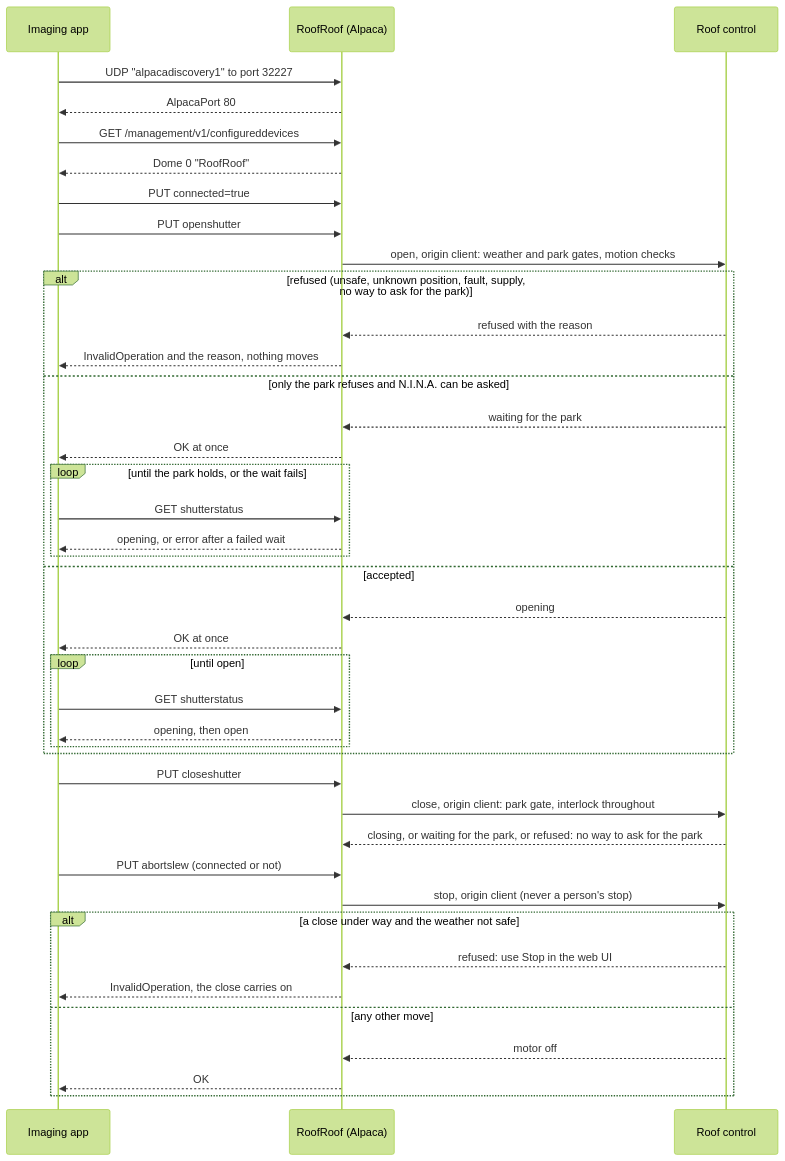
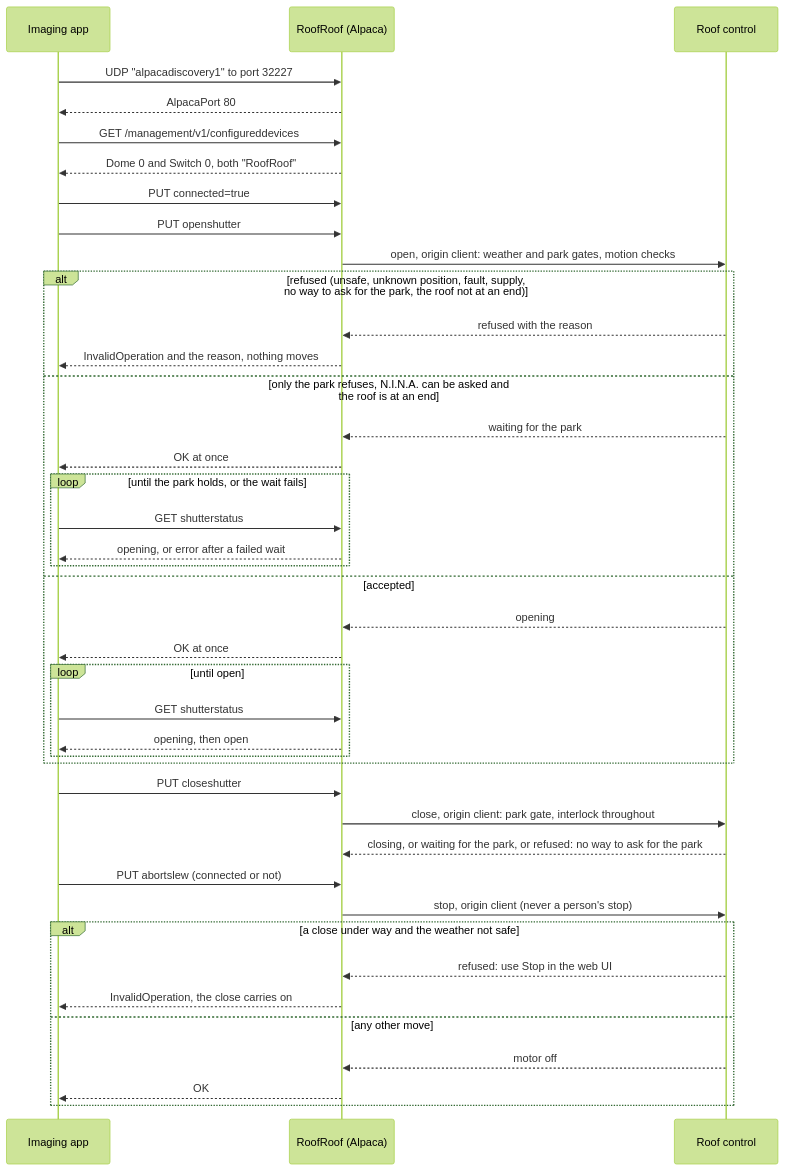
The diagram in docs/user-guide/alpaca.md (DeanJ87/RoofRoof), drawn with Mermaid (forest theme) before and after one commit. The commit also changed other lines of this file and 70 other files, not shown here.

First line of the commit message:
Spec 043: the telescope moves only with the roof at an end

````diff
--- a/docs/user-guide/alpaca.md
+++ b/docs/user-guide/alpaca.md
@@ -121,45 +154,45 @@
 ```mermaid
 sequenceDiagram
     accTitle: An imaging app drives the roof's Dome
-    accDescr: The app finds RoofRoof by UDP discovery and lists its one Dome. It connects. OpenShutter goes through the same weather and park checks (and is refused while the roof is closing), and CloseShutter through the same park check, as the web UI's buttons; a refused command returns InvalidOperation with the reason and nothing moves, an accepted one returns at once and the app polls ShutterStatus until open or closed. When only the park refuses a command and N.I.N.A. can be asked, it is accepted too and waits for the park, ShutterStatus reading opening or closing, and reads error if the wait fails. Open and close need a connected client. AbortSlew stops the roof at once, connected or not, except a close while the weather isn't safe, which it can't stop; it is never a person's stop.
+    accDescr: The app finds RoofRoof by UDP discovery and lists its Dome and its read-only Switch. It connects. OpenShutter goes through the same weather and park checks (and is refused while the roof is closing), and CloseShutter through the same park check, as the web UI's buttons; a refused command returns InvalidOperation with the reason and nothing moves, an accepted one returns at once and the app polls ShutterStatus until open or closed. When only the park refuses a command and N.I.N.A. can be asked, it is accepted too and waits for the park, ShutterStatus reading opening or closing, and reads error if the wait fails. Open and close need a connected client. AbortSlew stops the roof at once, connected or not, except a close while the weather isn't safe, which it can't stop; it is never a person's stop.
     participant A as Imaging app
     participant R as RoofRoof (Alpaca)
     participant C as Roof control
     A->>R: UDP "alpacadiscovery1" to port 32227
     R-->>A: AlpacaPort 80
     A->>R: GET /management/v1/configureddevices
-    R-->>A: Dome 0 "RoofRoof"
+    R-->>A: Dome 0 and Switch 0, both "RoofRoof"
     A->>R: PUT connected=true
     A->>R: PUT openshutter
     R->>C: open, origin client: weather and park gates, motion checks
-    alt refused (unsafe, unknown position, fault, supply, no way to ask for the park)
+    alt refused (unsafe, unknown position, fault, supply, no way to ask for the park, the roof not at an end)
         C-->>R: refused with the reason
         R-->>A: InvalidOperation and the reason, nothing moves
-    else only the park refuses and N.I.N.A. can be asked
+    else only the park refuses, N.I.N.A. can be asked and the roof is at an end
         C-->>R: waiting for the park
         R-->>A: OK at once
         loop until the park holds, or the wait fails
             A->>R: GET shutterstatus
             R-->>A: opening, or error after a failed wait
         end
     else accepted
         C-->>R: opening
         R-->>A: OK at once
         loop until open
             A->>R: GET shutterstatus
             R-->>A: opening, then open
         end
     end
     A->>R: PUT closeshutter
     R->>C: close, origin client: park gate, interlock throughout
     C-->>R: closing, or waiting for the park, or refused: no way to ask for the park
     A->>R: PUT abortslew (connected or not)
     R->>C: stop, origin client (never a person's stop)
     alt a close under way and the weather not safe
         C-->>R: refused: use Stop in the web UI
         R-->>A: InvalidOperation, the close carries on
     else any other move
         C-->>R: motor off
         R-->>A: OK
     end
 ```
````
